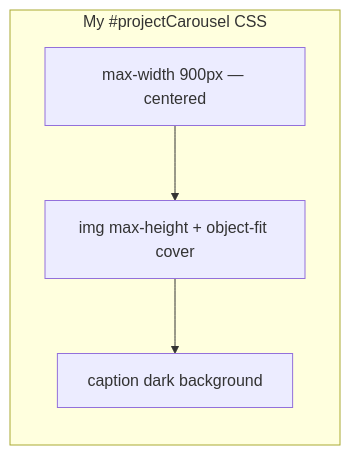
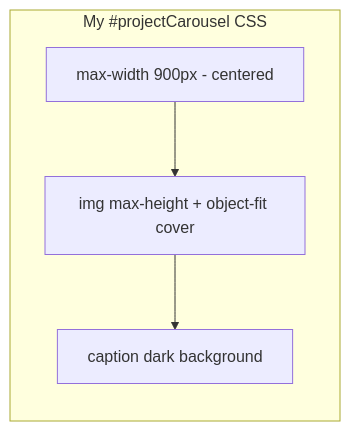
The fourth of 5 diagrams in CAROUSEL-DEEP-DIVE.md (emmarthur/emmarthur.github.io), drawn with Mermaid before and after one commit. The commit also changed other lines of this file and 3 other files, not shown here.

````diff
--- a/CAROUSEL-DEEP-DIVE.md
+++ b/CAROUSEL-DEEP-DIVE.md
@@ -160,9 +160,9 @@
 ```mermaid
 flowchart LR
   subgraph css["My #projectCarousel CSS"]
-    A["max-width 900px — centered"]
+    A["max-width 900px - centered"]
     B["img max-height + object-fit cover"]
     C["caption dark background"]
   end
   A --> B --> C
 ```
````
